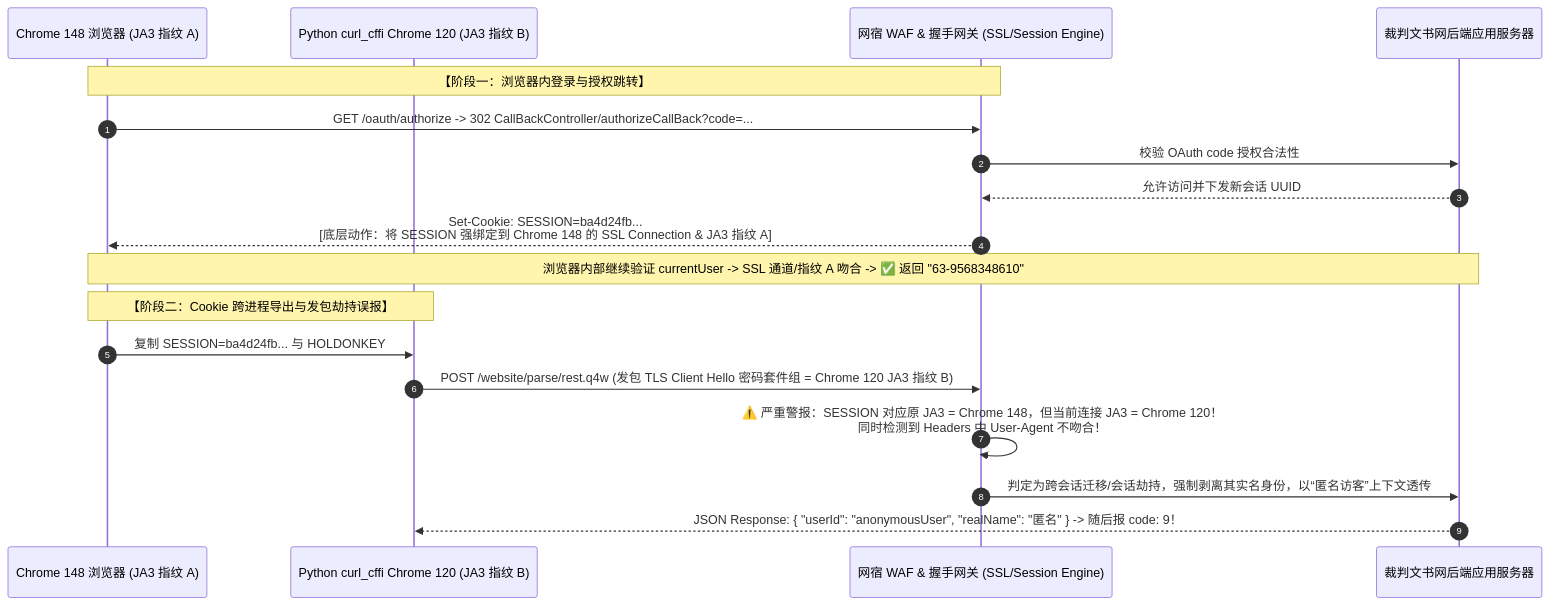
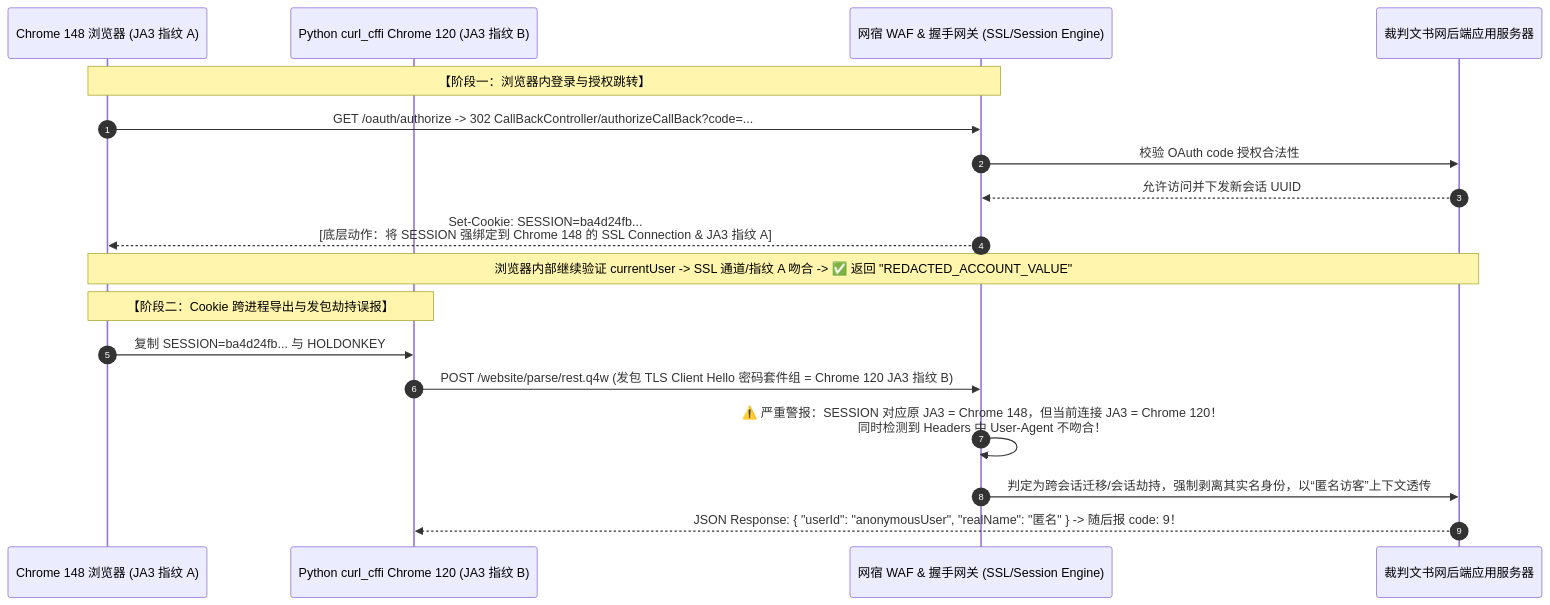
Before and after one commit to zc627788/caipanbook_Crawler: the second of 3 diagrams in site_wenshu/doc/wenshu_reverse_and_crawler_guide.md, drawn with Mermaid. The commit also changed other lines of this file and 22 other files, not shown here.

````diff
--- a/site_wenshu/doc/wenshu_reverse_and_crawler_guide.md
+++ b/site_wenshu/doc/wenshu_reverse_and_crawler_guide.md
@@ -125,23 +125,23 @@
 ```mermaid
 sequenceDiagram
     autonumber
     participant Playwright as Chrome 148 浏览器 (JA3 指纹 A)
     participant CFFI as Python curl_cffi Chrome 120 (JA3 指纹 B)
     participant Wangsu as 网宿 WAF & 握手网关 (SSL/Session Engine)
     participant Backend as 裁判文书网后端应用服务器
 
     Note over Playwright,Wangsu: 【阶段一：浏览器内登录与授权跳转】
     Playwright->>Wangsu: GET /oauth/authorize -> 302 CallBackController/authorizeCallBack?code=...
     Wangsu->>Backend: 校验 OAuth code 授权合法性
     Backend-->>Wangsu: 允许访问并下发新会话 UUID
     Wangsu-->>Playwright: Set-Cookie: SESSION=ba4d24fb... <br/> [底层动作：将 SESSION 强绑定到 Chrome 148 的 SSL Connection & JA3 指纹 A]
-    
-    Note over Playwright,Backend: 浏览器内部继续验证 currentUser -> SSL 通道/指纹 A 吻合 -> ✅ 返回 "63-9568348610"
+
+    Note over Playwright,Backend: 浏览器内部继续验证 currentUser -> SSL 通道/指纹 A 吻合 -> ✅ 返回 "REDACTED_ACCOUNT_VALUE"
 
     Note over Playwright,CFFI: 【阶段二：Cookie 跨进程导出与发包劫持误报】
     Playwright->>CFFI: 复制 SESSION=ba4d24fb... 与 HOLDONKEY
     CFFI->>Wangsu: POST /website/parse/rest.q4w (发包 TLS Client Hello 密码套件组 = Chrome 120 JA3 指纹 B)
     Wangsu->>Wangsu: ⚠️ 严重警报：SESSION 对应原 JA3 = Chrome 148，但当前连接 JA3 = Chrome 120！<br/>同时检测到 Headers 中 User-Agent 不吻合！
     Wangsu->>Backend: 判定为跨会话迁移/会话劫持，强制剥离其实名身份，以“匿名访客”上下文透传
     Backend-->>CFFI: JSON Response: { "userId": "anonymousUser", "realName": "匿名" } -> 随后报 code: 9！
 ```
````
